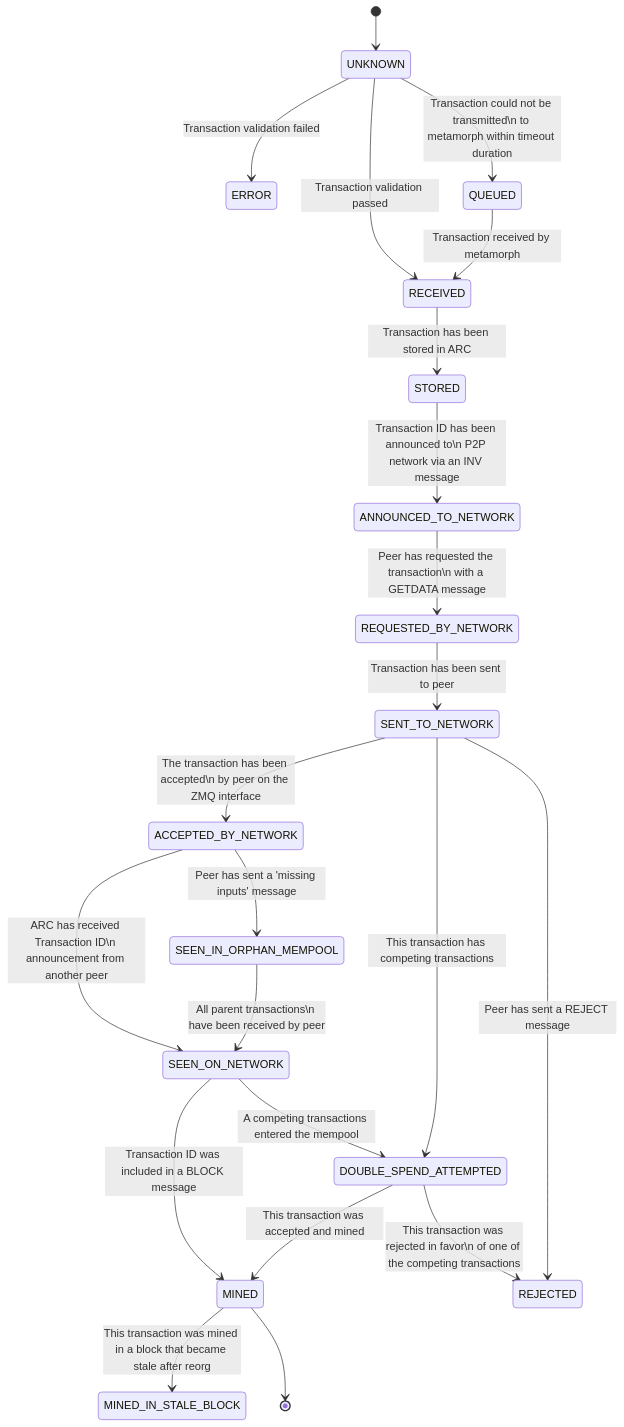
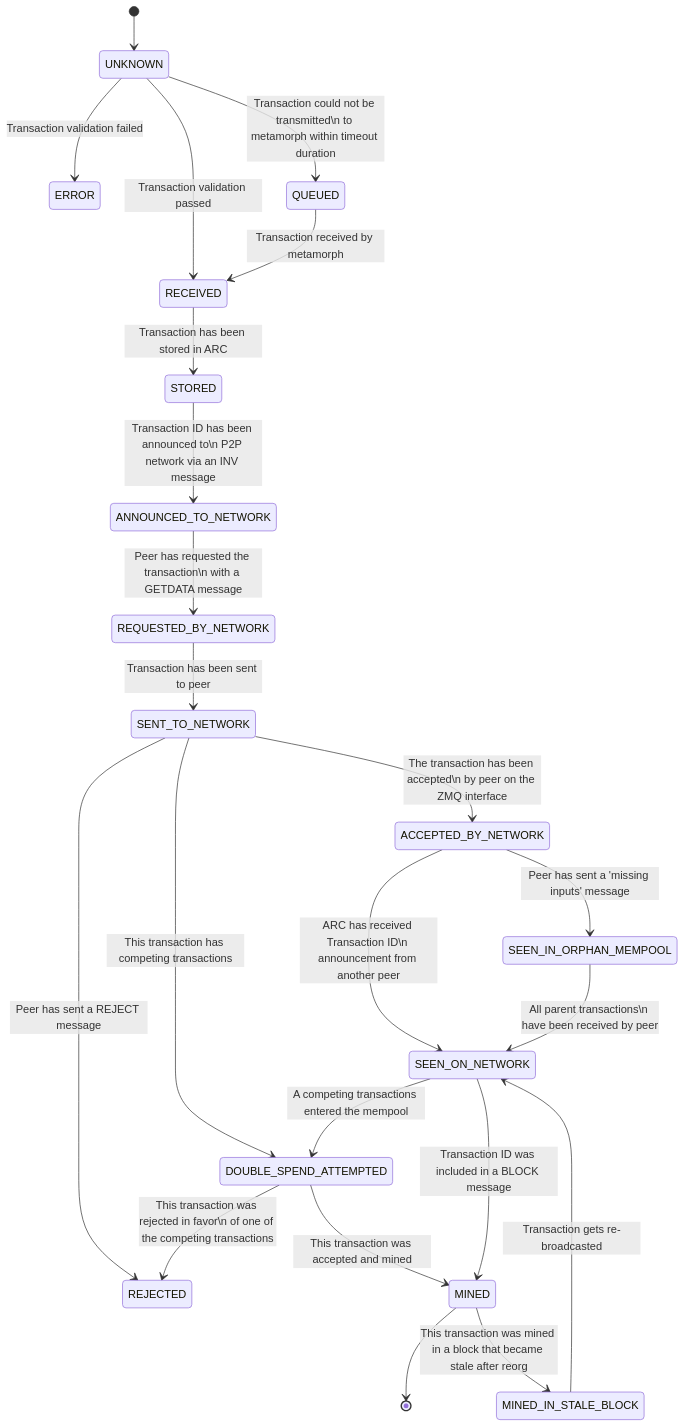
One commit to bitcoin-sv/arc changed the first of 7 diagrams in doc/README.md. Above: the diagram before and after it, drawn with Mermaid.

Commit message:
feat(ARCO-324): documentation update

````diff
--- a/doc/README.md
+++ b/doc/README.md
@@ -28,40 +28,41 @@
 ```mermaid
 stateDiagram-v2
     state UNKNOWN
     state QUEUED
     state RECEIVED
     state STORED
     state ANNOUNCED_TO_NETWORK
     state ERROR
     state REQUESTED_BY_NETWORK
     state SENT_TO_NETWORK
     state ACCEPTED_BY_NETWORK
     state SEEN_IN_ORPHAN_MEMPOOL
     state DOUBLE_SPEND_ATTEMPTED
     state SEEN_ON_NETWORK
     state REJECTED
     state MINED
     state MINED_IN_STALE_BLOCK
 
     [*] --> UNKNOWN
     UNKNOWN --> ERROR: Transaction validation failed
     UNKNOWN --> RECEIVED: Transaction validation passed
     UNKNOWN --> QUEUED: Transaction could not be transmitted\n to metamorph within timeout duration
     QUEUED --> RECEIVED: Transaction received by metamorph
     RECEIVED --> STORED: Transaction has been stored in ARC
     STORED --> ANNOUNCED_TO_NETWORK: Transaction ID has been announced to\n P2P network via an INV message
     ANNOUNCED_TO_NETWORK --> REQUESTED_BY_NETWORK: Peer has requested the transaction\n with a GETDATA message
     REQUESTED_BY_NETWORK --> SENT_TO_NETWORK: Transaction has been sent to peer
     SENT_TO_NETWORK --> ACCEPTED_BY_NETWORK: The transaction has been accepted\n by peer on the ZMQ interface
     SENT_TO_NETWORK --> DOUBLE_SPEND_ATTEMPTED: This transaction has competing transactions
     SENT_TO_NETWORK --> REJECTED: Peer has sent a REJECT message
     ACCEPTED_BY_NETWORK --> SEEN_ON_NETWORK: ARC has received Transaction ID\n announcement from another peer
     ACCEPTED_BY_NETWORK --> SEEN_IN_ORPHAN_MEMPOOL: Peer has sent a 'missing inputs' message
     SEEN_IN_ORPHAN_MEMPOOL --> SEEN_ON_NETWORK: All parent transactions\n have been received by peer
+    SEEN_ON_NETWORK --> DOUBLE_SPEND_ATTEMPTED: A competing transactions entered the mempool
+    DOUBLE_SPEND_ATTEMPTED --> REJECTED: This transaction was rejected in favor\n of one of the competing transactions
+    DOUBLE_SPEND_ATTEMPTED --> MINED: This transaction was accepted and mined
     SEEN_ON_NETWORK --> MINED: Transaction ID was included in a BLOCK message
-    SEEN_ON_NETWORK --> DOUBLE_SPEND_ATTEMPTED: A competing transactions entered the mempool
-    DOUBLE_SPEND_ATTEMPTED --> MINED: This transaction was accepted and mined
-    DOUBLE_SPEND_ATTEMPTED --> REJECTED: This transaction was rejected in favor\n of one of the competing transactions
+    MINED_IN_STALE_BLOCK --> SEEN_ON_NETWORK: Transaction gets re-broadcasted
+    MINED --> [*]
     MINED --> MINED_IN_STALE_BLOCK: This transaction was mined in a block that became stale after reorg
-    MINED --> [*]
 ```
````
